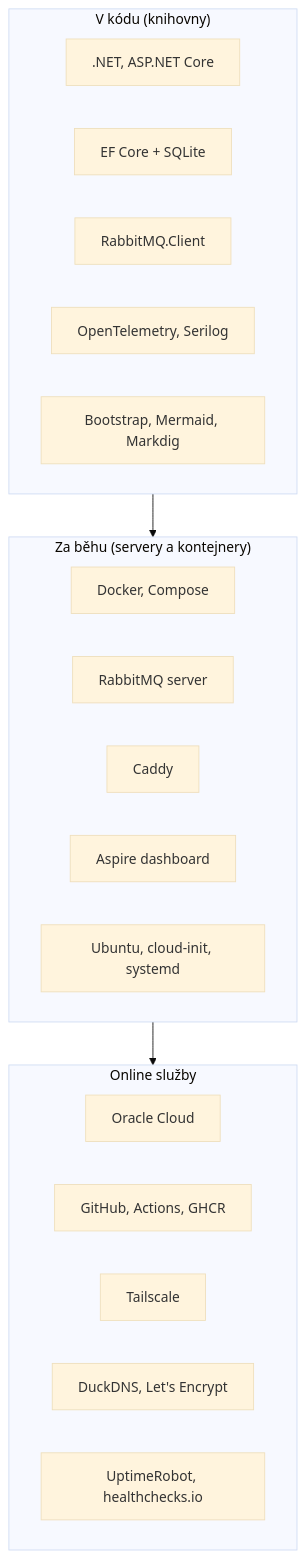
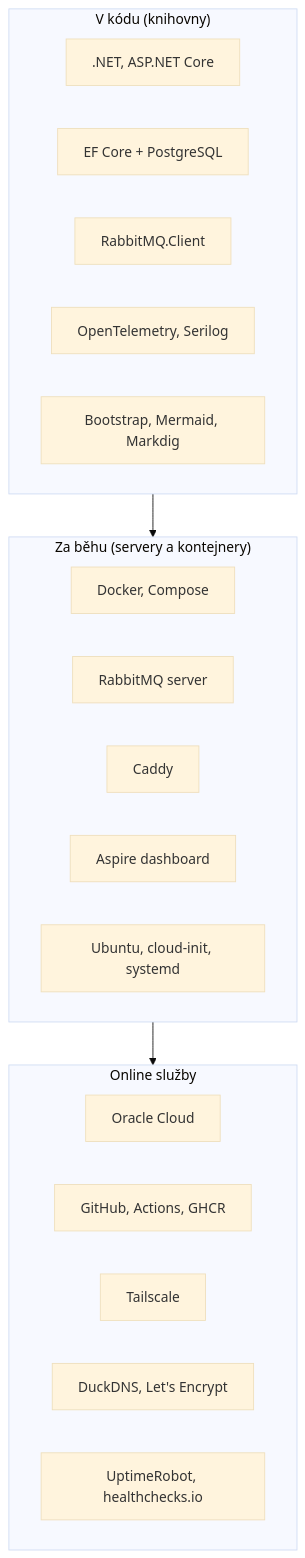
The diagram in docs/prirucka/treti-strany/index.md (ftichy/MiniShop), drawn with Mermaid (base theme) before and after one commit. The commit also changed 248 other files, not shown here.

````diff
--- a/docs/prirucka/treti-strany/index.md
+++ b/docs/prirucka/treti-strany/index.md
@@ -12,41 +12,41 @@
 ```mermaid
 flowchart TB
     subgraph lib["V kódu (knihovny)"]
         aspnet[".NET, ASP.NET Core"]
-        ef["EF Core + SQLite"]
+        ef["EF Core + PostgreSQL"]
         rmqc["RabbitMQ.Client"]
         otel["OpenTelemetry, Serilog"]
         ui["Bootstrap, Mermaid, Markdig"]
     end
     subgraph run["Za běhu (servery a kontejnery)"]
         docker["Docker, Compose"]
         rabbit["RabbitMQ server"]
         caddy["Caddy"]
         dash["Aspire dashboard"]
         ubuntu["Ubuntu, cloud-init, systemd"]
     end
     subgraph svc["Online služby"]
         oci["Oracle Cloud"]
         github["GitHub, Actions, GHCR"]
         ts["Tailscale"]
         dns["DuckDNS, Let's Encrypt"]
         mon["UptimeRobot, healthchecks.io"]
     end
     lib --> run --> svc
 
     click aspnet "/Docs/treti-strany/knihovny"
     click ef "/Docs/treti-strany/knihovny"
     click rmqc "/Docs/treti-strany/knihovny"
     click otel "/Docs/treti-strany/knihovny"
     click ui "/Docs/treti-strany/knihovny"
     click docker "/Docs/treti-strany/beh"
     click rabbit "/Docs/treti-strany/beh"
     click caddy "/Docs/treti-strany/beh"
     click dash "/Docs/treti-strany/beh"
     click ubuntu "/Docs/treti-strany/beh"
     click oci "/Docs/treti-strany/sluzby"
     click github "/Docs/treti-strany/sluzby"
     click ts "/Docs/treti-strany/sluzby"
     click dns "/Docs/treti-strany/sluzby"
     click mon "/Docs/treti-strany/sluzby"
 ```
````
